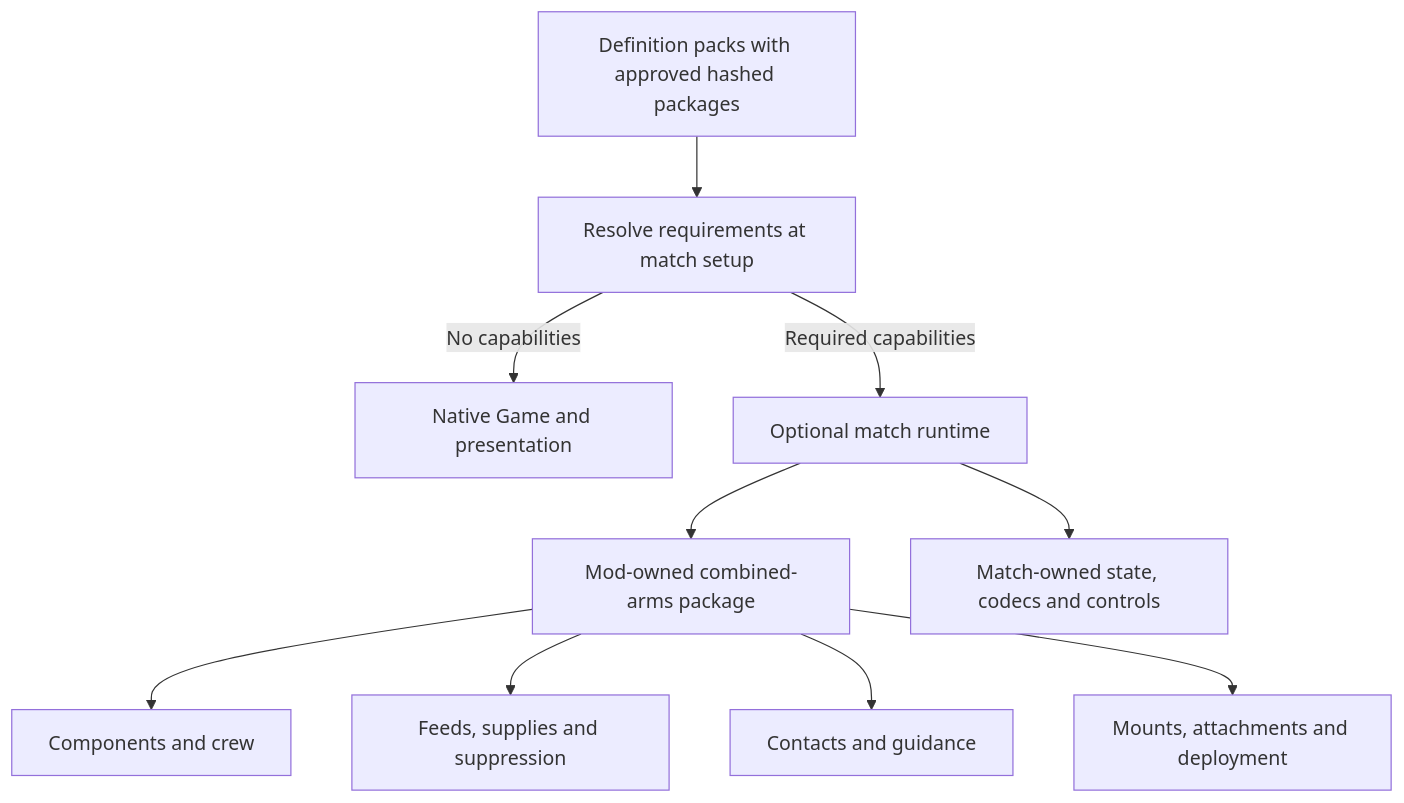
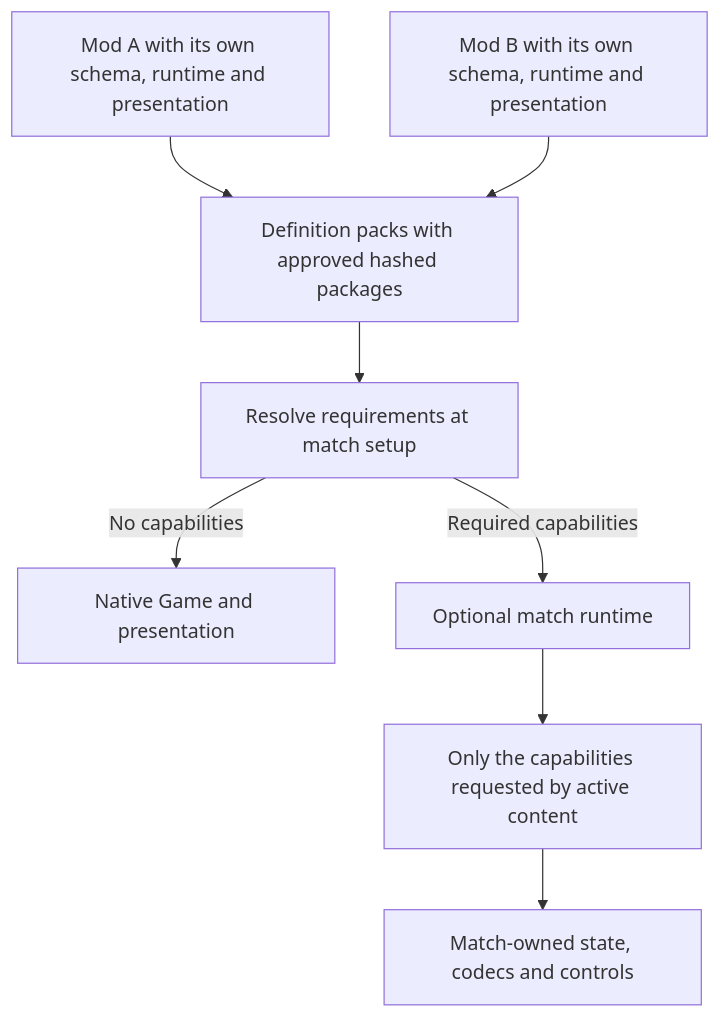
One commit to steel-tide/mods changed the diagram in docs/CONTENT-COMPATIBILITY-PLAN.md. Above: the diagram before and after it, drawn with Mermaid. The commit also changed other lines of this file and 41 other files, not shown here.

````diff
--- a/docs/CONTENT-COMPATIBILITY-PLAN.md
+++ b/docs/CONTENT-COMPATIBILITY-PLAN.md
@@ -90,12 +108,10 @@
 ```mermaid
 flowchart TD
     Packs[Definition packs with approved hashed packages] --> Setup[Resolve requirements at match setup]
     Setup -->|No capabilities| Native[Native Game and presentation]
     Setup -->|Required capabilities| Extended[Optional match runtime]
-    Extended --> Package[Mod-owned combined-arms package]
-    Package --> Components[Components and crew]
-    Package --> Logistics[Feeds, supplies and suppression]
-    Package --> Sensors[Contacts and guidance]
-    Package --> Articulation[Mounts, attachments and deployment]
-    Extended --> State[Match-owned state, codecs and controls]
+    ModA[Mod A with its own schema, runtime and presentation] --> Packs
+    ModB[Mod B with its own schema, runtime and presentation] --> Packs
+    Extended --> Modules[Only the capabilities requested by active content]
+    Modules --> State[Match-owned state, codecs and controls]
 ```
````
